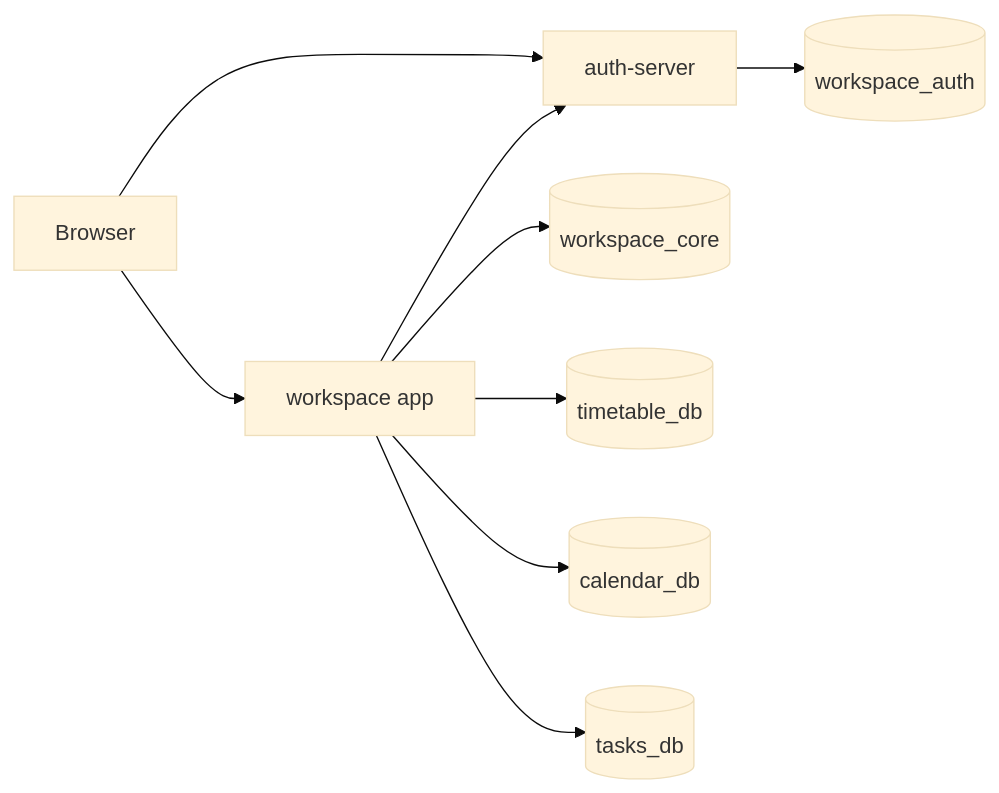
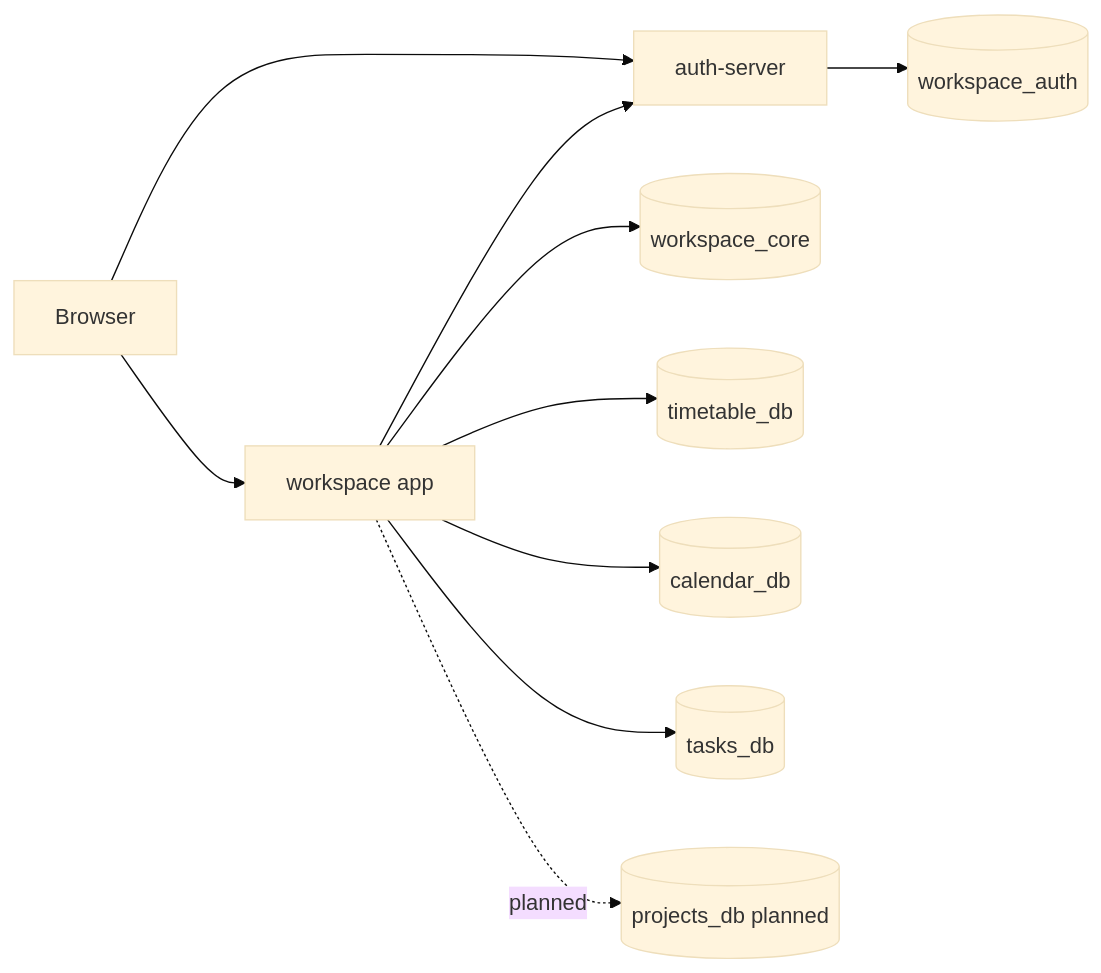
One commit to Cobluesky/Workflow-Management changed the diagram in DOCS/HANDOUT.md. Above: the diagram before and after it, drawn with Mermaid (base theme). The commit also changed other lines of this file and 4 other files, not shown here.

````diff
--- a/DOCS/HANDOUT.md
+++ b/DOCS/HANDOUT.md
@@ -7,20 +7,22 @@
 ```mermaid
 flowchart LR
     Client[Browser]
     Auth[auth-server]
     App[workspace app]
     AuthDB[(workspace_auth)]
     CoreDB[(workspace_core)]
     TimeDB[(timetable_db)]
     CalDB[(calendar_db)]
     TaskDB[(tasks_db)]
+    ProjDB[(projects_db planned)]
 
     Client --> Auth
     Client --> App
     Auth --> AuthDB
     App --> Auth
     App --> CoreDB
     App --> TimeDB
     App --> CalDB
     App --> TaskDB
+    App -. planned .-> ProjDB
 ```
````
